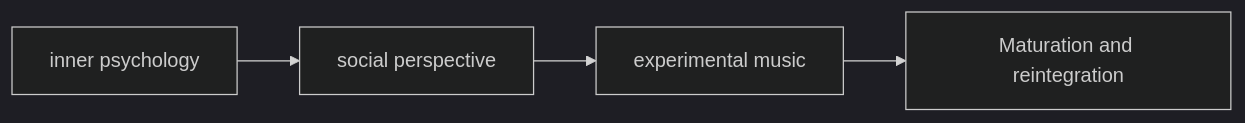
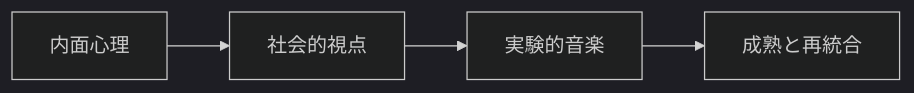
Before and after one commit to monumental-movement/monumental-movement.github.io: the second of 2 diagrams in en/_posts/2026-04-25-column-tears-for-fears.md, drawn with Mermaid (dark theme). The commit also changed other lines of this file and 2196 other files, not shown here.

```diff
--- a/en/_posts/2026-04-25-column-tears-for-fears.md
+++ b/en/_posts/2026-04-25-column-tears-for-fears.md
@@ -180,6 +179,6 @@
 <div class="mermaid">
 flowchart LR
-    A[inner psychology] --> B[social perspective]
-    B --> C[experimental music]
-    C --> D[Maturation and reintegration]
+    A[内面心理] --> B[社会的視点]
+    B --> C[実験的音楽]
+    C --> D[成熟と再統合]
 </div>
```
